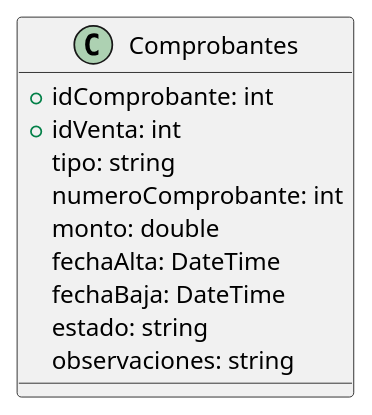
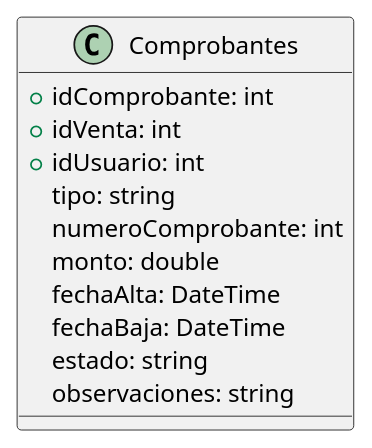
The diagram in DiagramaClases/Clases/Comprobantes.puml (ZMGestion/DocumentacionZMGestion), drawn with PlantUML before and after one commit. The commit also changed 2 other files, not shown here.

```diff
--- a/DiagramaClases/Clases/Comprobantes.puml
+++ b/DiagramaClases/Clases/Comprobantes.puml
@@ -1,13 +1,14 @@
 @startuml Comprobantes
 class Comprobantes{
     +idComprobante: int
     +idVenta: int
+    +idUsuario: int
     tipo: string
     numeroComprobante: int
     monto: double
     fechaAlta: DateTime
     fechaBaja: DateTime
     estado: string
     observaciones: string
 }
 @enduml
```
